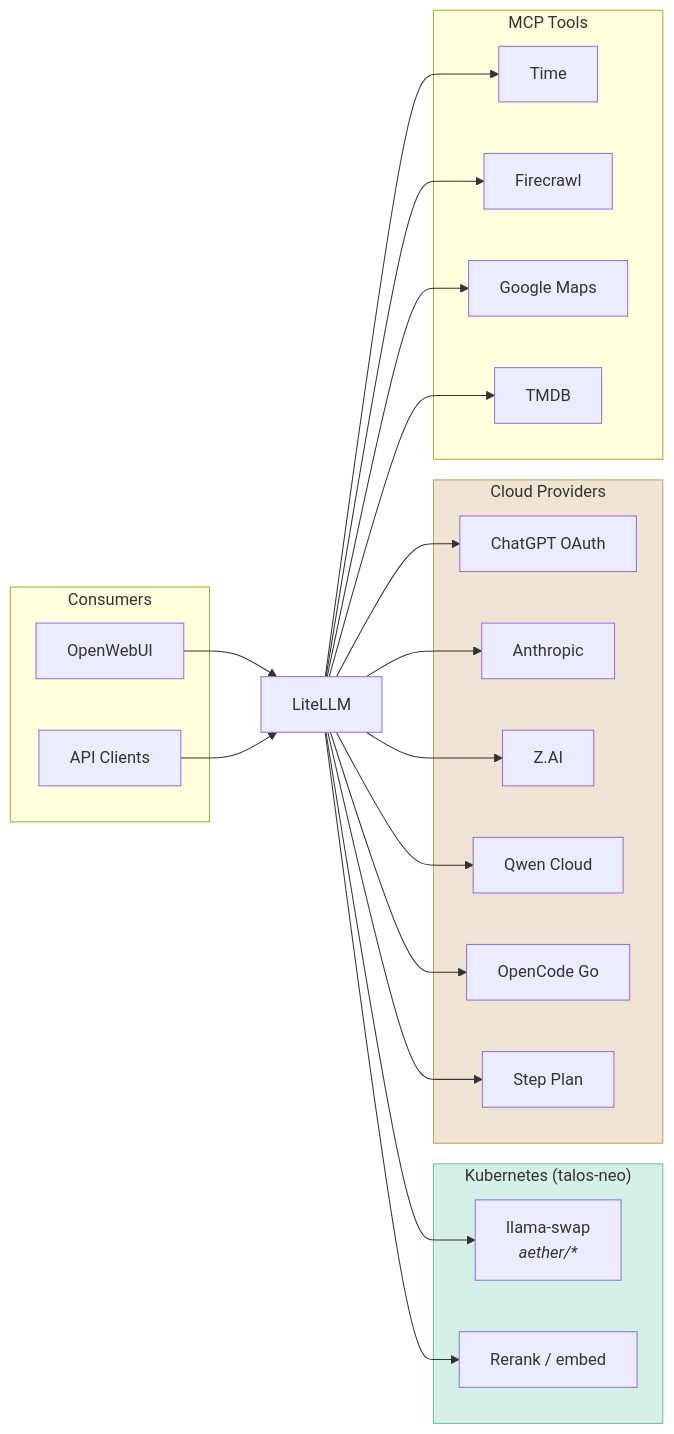
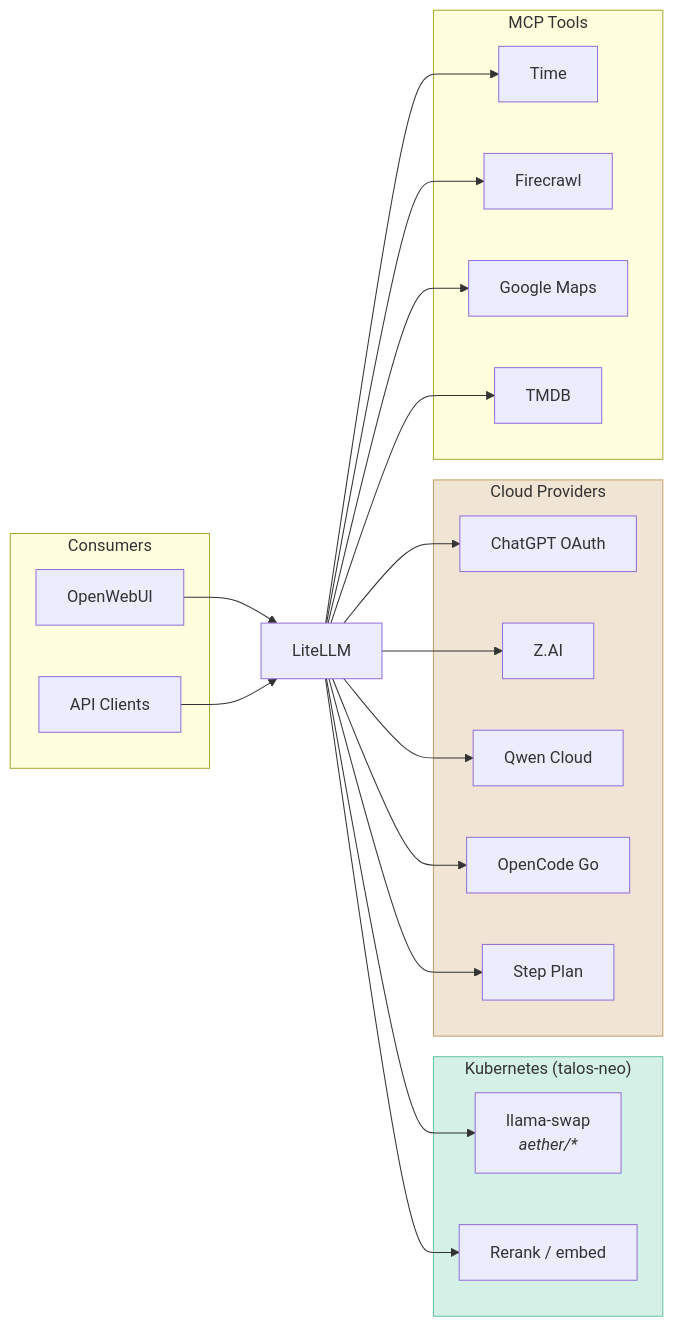
The diagram in docs/ai-ml.md (shedrachokonofua/aether), drawn with Mermaid before and after one commit. The commit also changed 3 other files, not shown here.

````diff
--- a/docs/ai-ml.md
+++ b/docs/ai-ml.md
@@ -197,38 +197,37 @@
 ```mermaid
 flowchart LR
     subgraph Consumers
         OWUI[OpenWebUI]
         API[API Clients]
     end
 
     LLM[LiteLLM]
 
     subgraph K8s["Kubernetes (talos-neo)"]
         LS[llama-swap<br/><i>aether/*</i>]
         RR[Rerank / embed]
     end
 
     subgraph Cloud["Cloud Providers"]
         OAI[ChatGPT OAuth]
-        ANT[Anthropic]
         ZAI[Z.AI]
         QWEN[Qwen Cloud]
         OCGO[OpenCode Go]
         STEP[Step Plan]
     end
 
     subgraph MCP["MCP Tools"]
         TIME[Time]
         FC[Firecrawl]
         GMAPS[Google Maps]
         TMDB[TMDB]
     end
 
     OWUI & API --> LLM
     LLM --> LS & RR
-    LLM --> OAI & ANT & ZAI & QWEN & OCGO & STEP
+    LLM --> OAI & ZAI & QWEN & OCGO & STEP
     LLM --> TIME & FC & GMAPS & TMDB
 
     style K8s fill:#d4f0e7,stroke:#6ac4a0
     style Cloud fill:#f0e4d4,stroke:#c4a06a
 ```
````
